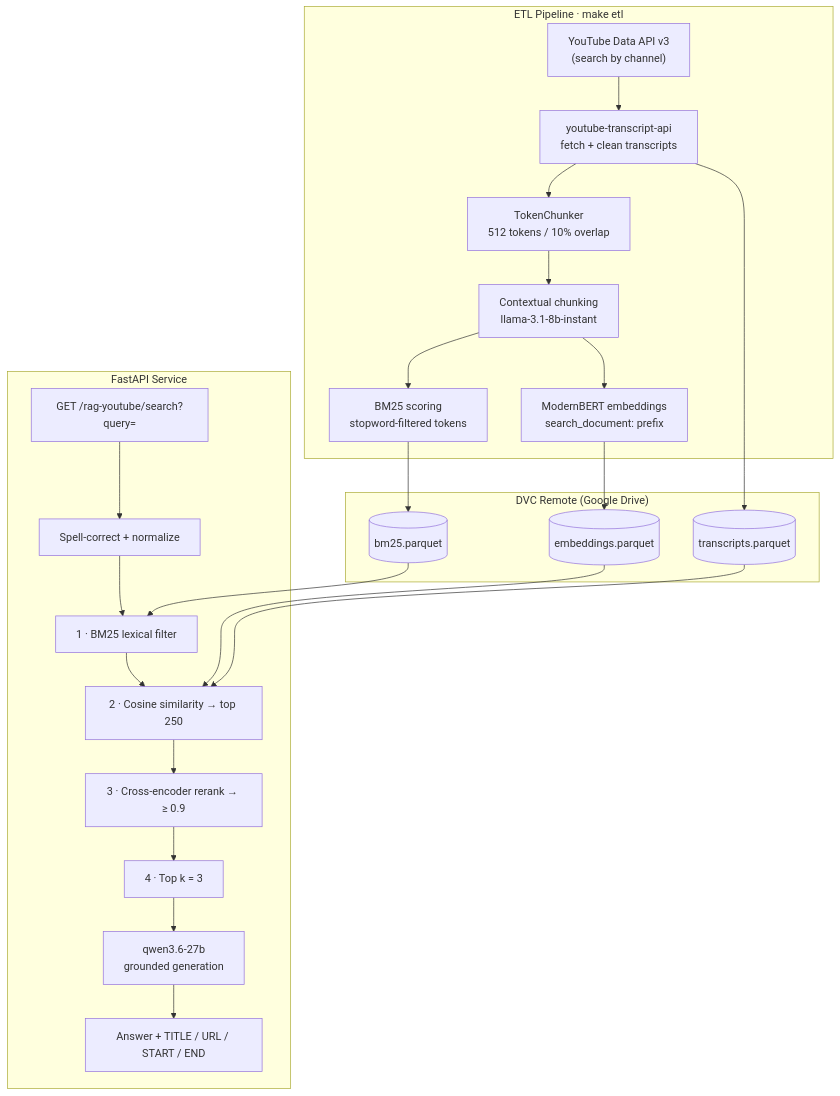
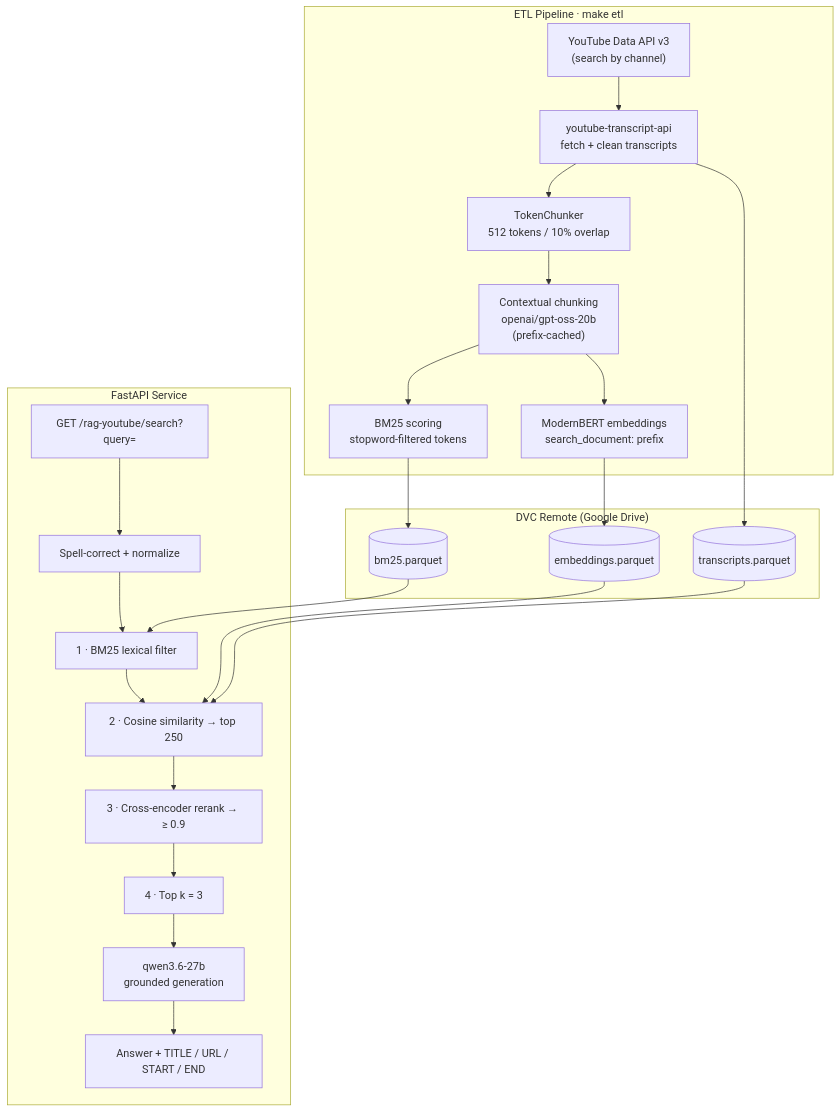
Before and after one commit to ncheymbamalu/rag-youtube-transcripts: the diagram in README.md, drawn with Mermaid. The commit also changed other lines of this file and 1 other file, not shown here.

````diff
--- a/README.md
+++ b/README.md
@@ -60,34 +61,34 @@
 ```mermaid
 flowchart TB
     subgraph etl["ETL Pipeline · make etl"]
         Y["YouTube Data API v3<br/>(search by channel)"] --> T["youtube-transcript-api<br/>fetch + clean transcripts"]
         T --> C["TokenChunker<br/>512 tokens / 10% overlap"]
-        C --> CC["Contextual chunking<br/>llama-3.1-8b-instant"]
+        C --> CC["Contextual chunking<br/>openai/gpt-oss-20b<br/>(prefix-cached)"]
         CC --> E["ModernBERT embeddings<br/>search_document: prefix"]
         CC --> B["BM25 scoring<br/>stopword-filtered tokens"]
     end
 
     subgraph store["DVC Remote (Google Drive)"]
         TP[("transcripts.parquet")]
         EP[("embeddings.parquet")]
         BP[("bm25.parquet")]
     end
 
     T --> TP
     E --> EP
     B --> BP
 
     subgraph api["FastAPI Service"]
         Q["GET /rag-youtube/search?query="] --> PP["Spell-correct + normalize"]
         PP --> L1["1 · BM25 lexical filter"]
         L1 --> L2["2 · Cosine similarity → top 250"]
         L2 --> L3["3 · Cross-encoder rerank → ≥ 0.9"]
         L3 --> L4["4 · Top k = 3"]
         L4 --> G["qwen3.6-27b<br/>grounded generation"]
         G --> R["Answer + TITLE / URL / START / END"]
     end
 
     BP --> L1
     EP --> L2
     TP --> L2
 ```
````
